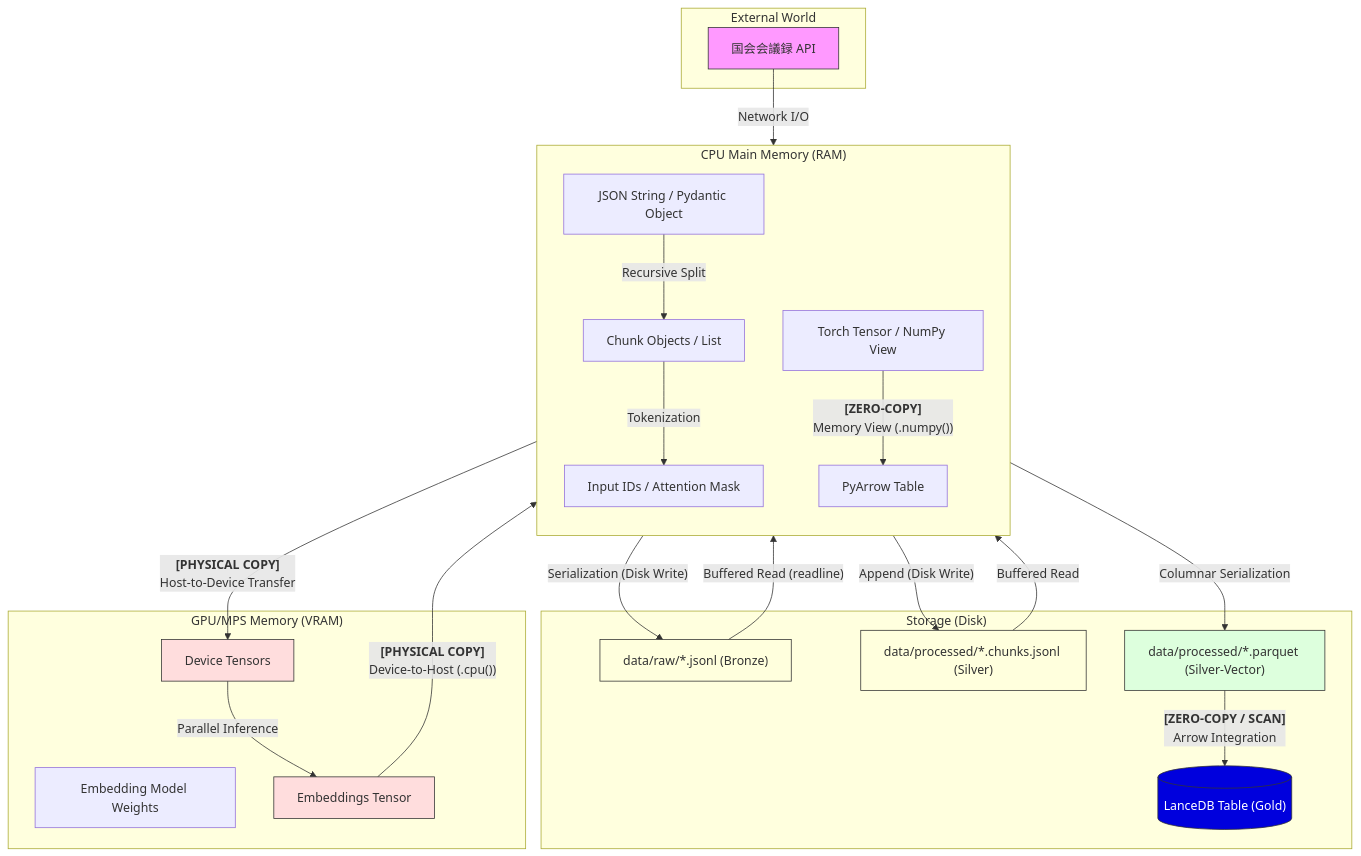
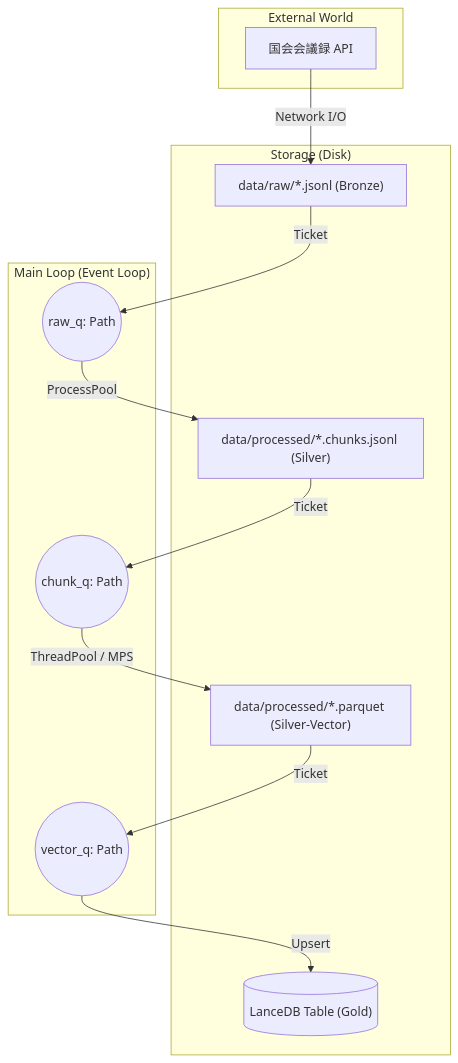
Before and after one commit to miwaihnt/RAG_PRIMITIVE: the second of 2 diagrams in ARCH_DESIGN.md, drawn with Mermaid. The commit also changed other lines of this file, not shown here.

Commit message:
docs: update ARCH_DESIGN.md to reflect worker-based architecture while preserving design Q&A

````diff
--- a/ARCH_DESIGN.md
+++ b/ARCH_DESIGN.md
@@ -146,60 +108,28 @@
 ```mermaid
 graph TD
     subgraph "External World"
         API[国会会議録 API]
     end
 
     subgraph "Storage (Disk)"
         Raw["data/raw/*.jsonl (Bronze)"]
         Proc["data/processed/*.chunks.jsonl (Silver)"]
         Parq["data/processed/*.parquet (Silver-Vector)"]
         LanceDB[("LanceDB Table (Gold)")]
     end
 
-    subgraph "CPU Main Memory (RAM)"
-        direction TB
-        JSON[JSON String / Pydantic Object]
-        Chunks[Chunk Objects / List]
-        Tokens[Input IDs / Attention Mask]
-        Torch_CPU[Torch Tensor / NumPy View]
-        Arrow[PyArrow Table]
+    subgraph "Main Loop (Event Loop)"
+        Q1((raw_q: Path))
+        Q2((chunk_q: Path))
+        Q3((vector_q: Path))
     end
 
-    subgraph "GPU/MPS Memory (VRAM)"
-        Model[Embedding Model Weights]
-        Device_In[Device Tensors]
-        Device_Out[Embeddings Tensor]
-    end
-
-    %% Phase 1: Acquisition
-    API -- "Network I/O" --> JSON
-    JSON -- "Serialization (Disk Write)" --> Raw
-
-    %% Phase 2-A: Chunking
-    Raw -- "Buffered Read (readline)" --> JSON
-    JSON -- "Recursive Split" --> Chunks
-    Chunks -- "Append (Disk Write)" --> Proc
-
-    %% Phase 2-B: Embedding (The GPU Dance)
-    Proc -- "Buffered Read" --> Chunks
-    Chunks -- "Tokenization" --> Tokens
-
-    Tokens -- "<b>[PHYSICAL COPY]</b><br/>Host-to-Device Transfer" --> Device_In
-    Device_In -- "Parallel Inference" --> Device_Out
-    Device_Out -- "<b>[PHYSICAL COPY]</b><br/>Device-to-Host (.cpu())" --> Torch_CPU
-
-    Torch_CPU -- "<b>[ZERO-COPY]</b><br/>Memory View (.numpy())" --> Arrow
-    Arrow -- "Columnar Serialization" --> Parq
-
-    %% Phase 3: Storage (The Final Landing)
-    Parq -- "<b>[ZERO-COPY / SCAN]</b><br/>Arrow Integration" --> LanceDB
-
-    %% Styling
-    style API fill:#f9f,stroke:#333
-    style Raw fill:#ffd,stroke:#333
-    style Proc fill:#ffd,stroke:#333
-    style Parq fill:#dfd,stroke:#333
-    style LanceDB fill:#00d,color:#fff,stroke:#333
-    style Device_In fill:#fdd,stroke:#333
-    style Device_Out fill:#fdd,stroke:#333
+    %% Flow
+    API -- "Network I/O" --> Raw
+    Raw -- "Ticket" --> Q1
+    Q1 -- "ProcessPool" --> Proc
+    Proc -- "Ticket" --> Q2
+    Q2 -- "ThreadPool / MPS" --> Parq
+    Parq -- "Ticket" --> Q3
+    Q3 -- "Upsert" --> LanceDB
 ```
````
